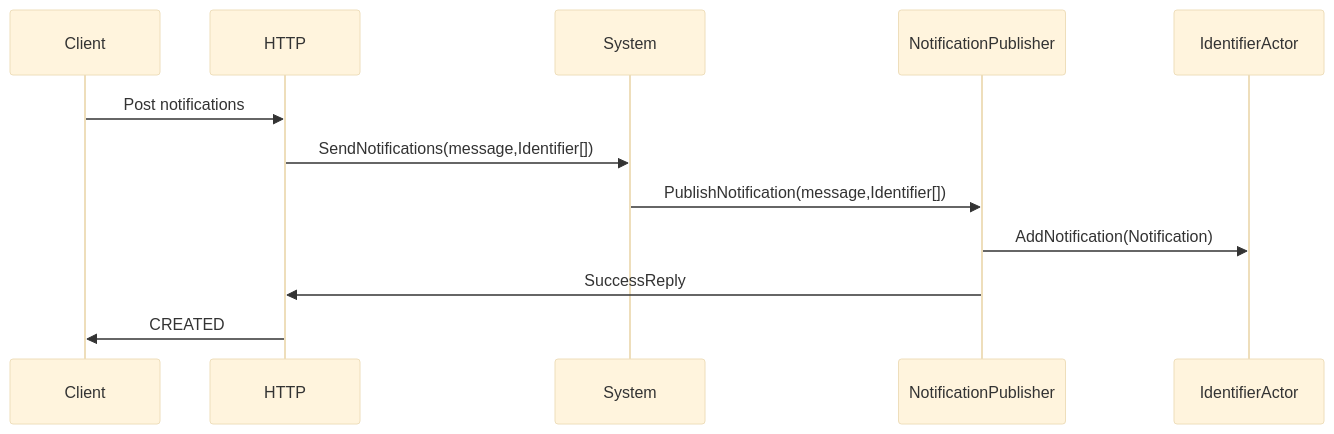
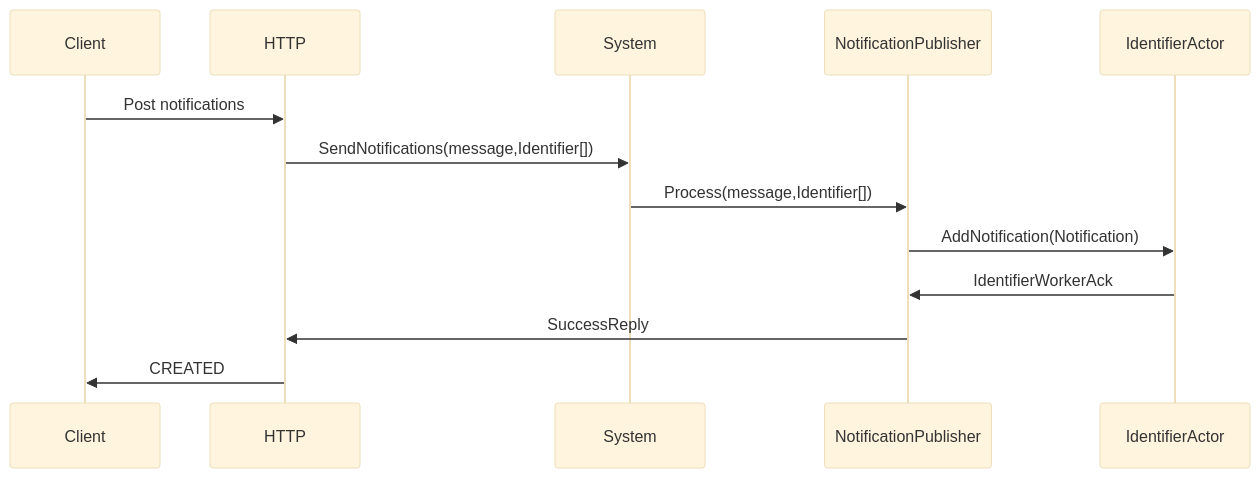
The fourth of 7 diagrams in README.md (zkrami/notification-system-akka), drawn with Mermaid (base theme) before and after one commit. The commit also changed other lines of this file and 6 other files, not shown here.

````diff
--- a/README.md
+++ b/README.md
@@ -34,9 +34,10 @@
 ```mermaid
 sequenceDiagram
     Client->>HTTP: Post notifications 
     HTTP->>System: SendNotifications(message,Identifier[])
-    System->>NotificationPublisher: PublishNotification(message,Identifier[])
+    System->>NotificationPublisher: Process(message,Identifier[])
     NotificationPublisher->> IdentifierActor: AddNotification(Notification)
+    IdentifierActor->> NotificationPublisher :IdentifierWorkerAck
     NotificationPublisher->>HTTP: SuccessReply  
     HTTP->>Client: CREATED
  ```
````
